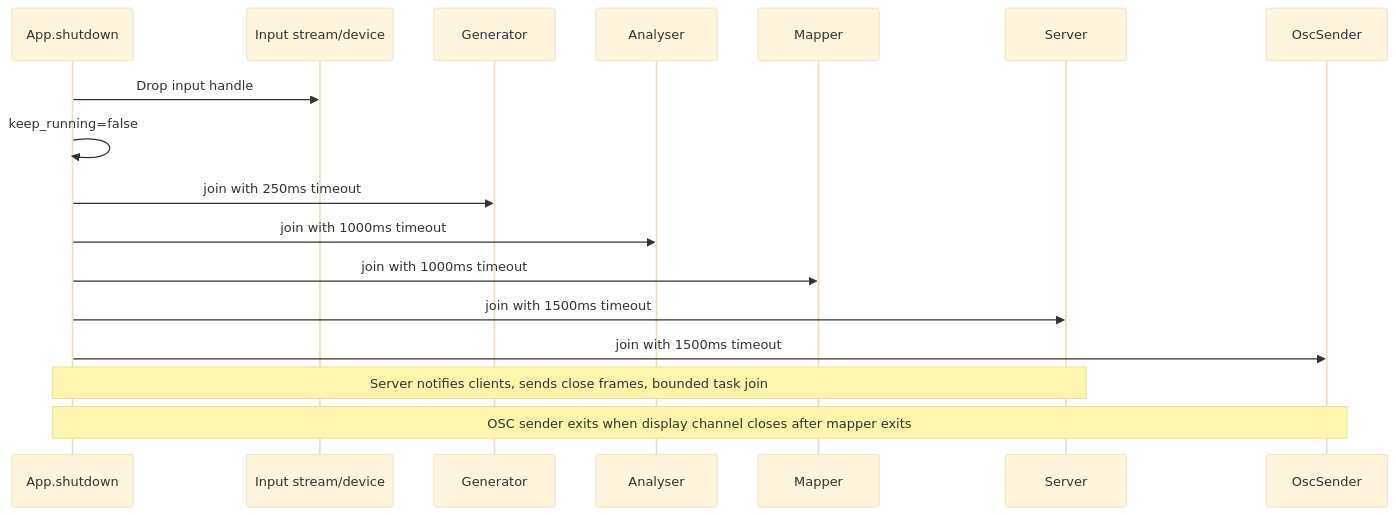
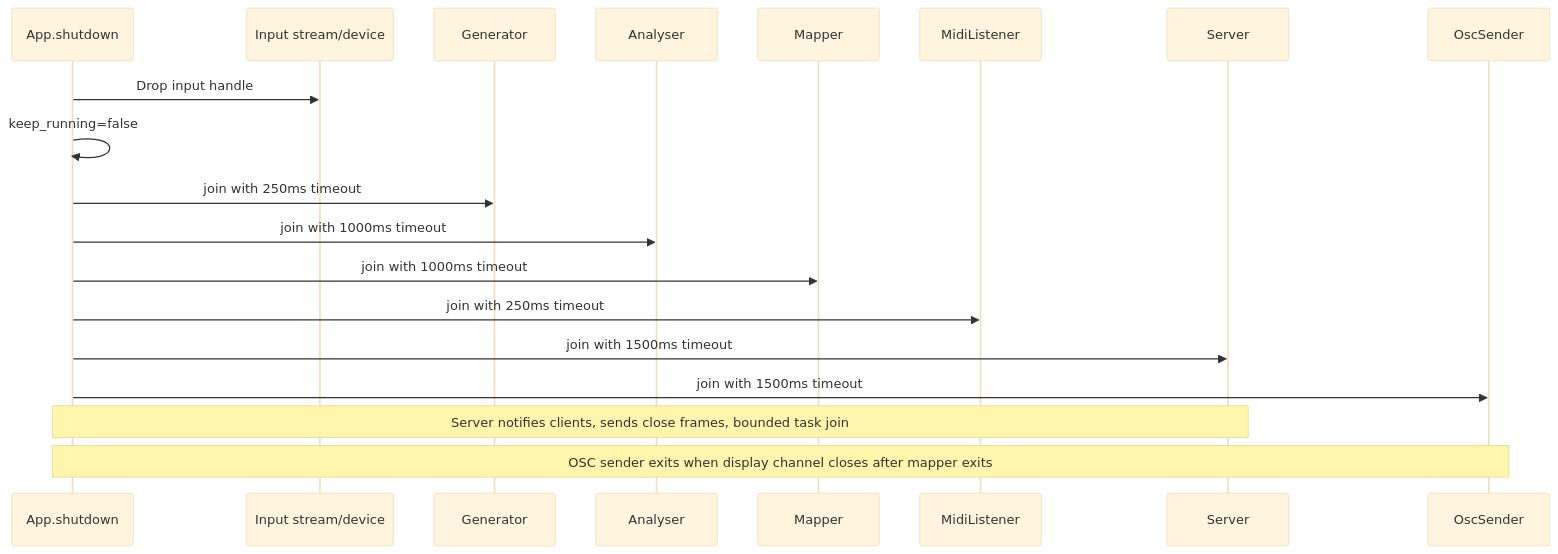
The fourth of 4 diagrams in docs/system/lifecycle.md (rayboyd/phase4), drawn with Mermaid (base theme) before and after one commit. The commit also changed other lines of this file and 13 other files, not shown here.

Commit message:
feat(midi): add real device and synthetic clock input riding the existing payload, document --midi-device and --midi-test-bpm, update lifecycle diagram

````diff
--- a/docs/system/lifecycle.md
+++ b/docs/system/lifecycle.md
@@ -132,22 +137,24 @@
 ```mermaid
 sequenceDiagram
 		participant Main as App.shutdown
 		participant In as Input stream/device
 		participant Gen as Generator
 		participant An as Analyser
 		participant Map as Mapper
+		participant Midi as MidiListener
 		participant Srv as Server
 		participant Osc as OscSender
 
 		Main->>In: Drop input handle
 		Main->>Main: keep_running=false
 
 		Main->>Gen: join with 250ms timeout
 		Main->>An: join with 1000ms timeout
 		Main->>Map: join with 1000ms timeout
+		Main->>Midi: join with 250ms timeout
 		Main->>Srv: join with 1500ms timeout
 		Main->>Osc: join with 1500ms timeout
 
 		note over Main,Srv: Server notifies clients, sends close frames, bounded task join
 		note over Main,Osc: OSC sender exits when display channel closes after mapper exits
 ```
````
